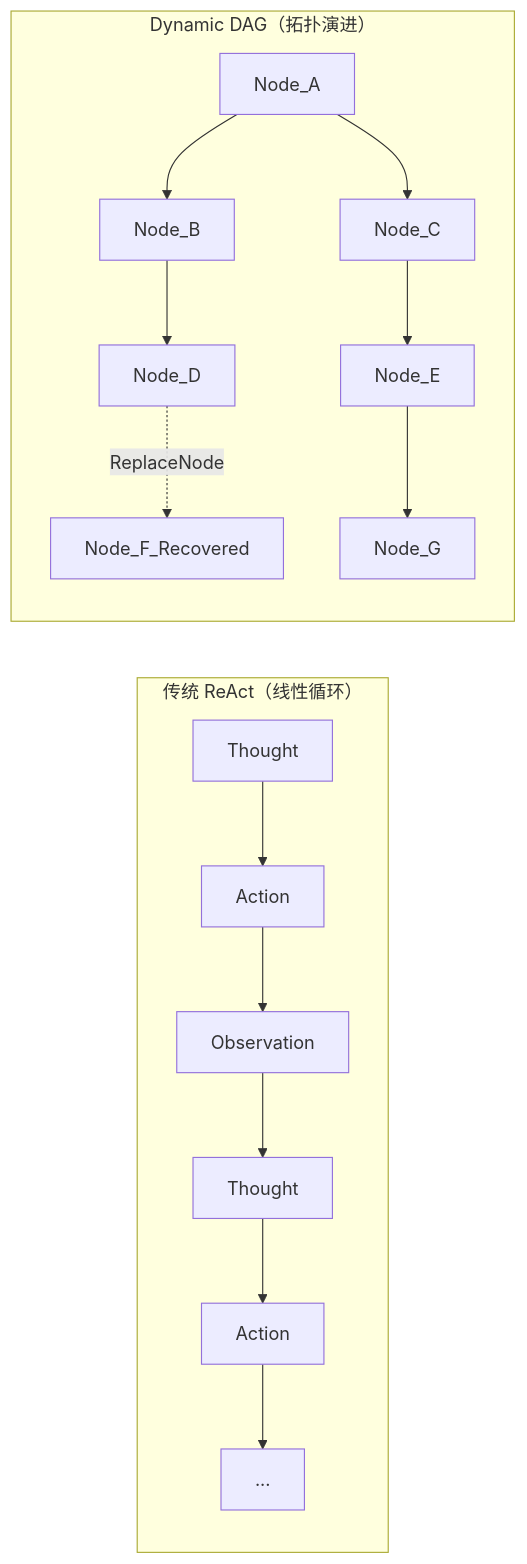
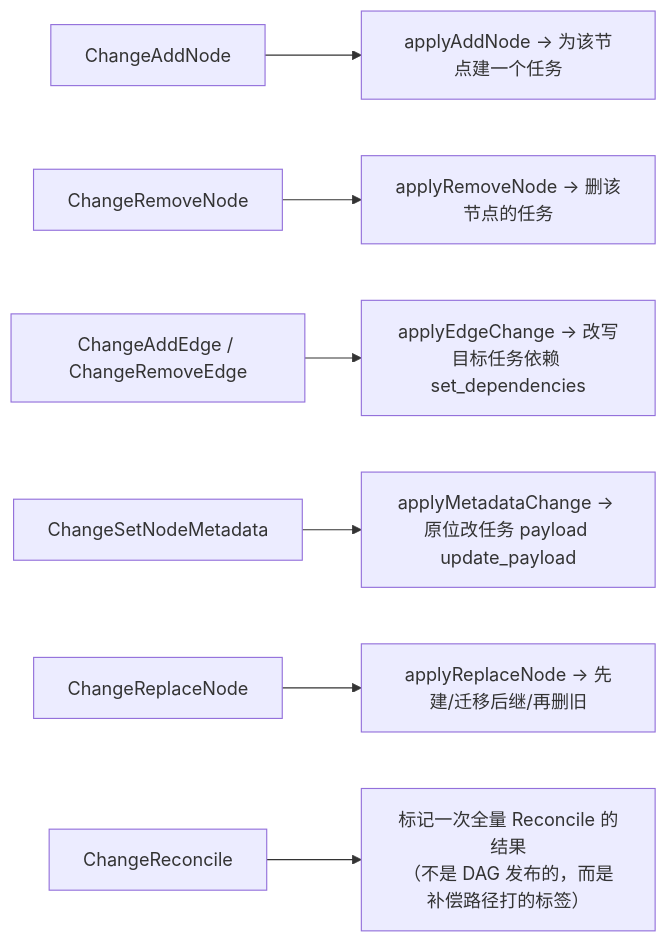
The second of 3 diagrams in docs/articles/zh/04-workflow-engine-deep-dive.md (Timwood0x10/ARES), drawn with Mermaid before and after one commit. The commit also changed other lines of this file and 2423 other files, not shown here.

````diff
--- a/docs/articles/zh/04-workflow-engine-deep-dive.md
+++ b/docs/articles/zh/04-workflow-engine-deep-dive.md
@@ -520,18 +213,9 @@
 ```mermaid
 graph LR
-    subgraph "传统 ReAct（线性循环）"
-        A1[Thought] --> A2[Action]
-        A2 --> A3[Observation]
-        A3 --> A4[Thought]
-        A4 --> A5[Action]
-        A5 --> A6[...]
-    end
-    subgraph "Dynamic DAG（拓扑演进）"
-        B1[Node_A] --> B2[Node_B]
-        B1 --> B3[Node_C]
-        B2 --> B4[Node_D]
-        B3 --> B5[Node_E]
-        B4 -.->|ReplaceNode| B6[Node_F_Recovered]
-        B5 --> B7[Node_G]
-    end
+    A1[ChangeAddNode] --> C1["applyAddNode → 为该节点建一个任务"]
+    A2[ChangeRemoveNode] --> C2["applyRemoveNode → 删该节点的任务"]
+    A3[ChangeAddEdge / ChangeRemoveEdge] --> C3["applyEdgeChange → 改写目标任务依赖 set_dependencies"]
+    A4[ChangeSetNodeMetadata] --> C4["applyMetadataChange → 原位改任务 payload update_payload"]
+    A5[ChangeReplaceNode] --> C5["applyReplaceNode → 先建/迁移后继/再删旧"]
+    A6[ChangeReconcile] --> C6["标记一次全量 Reconcile 的结果<br/>（不是 DAG 发布的，而是补偿路径打的标签）"]
 ```
````
